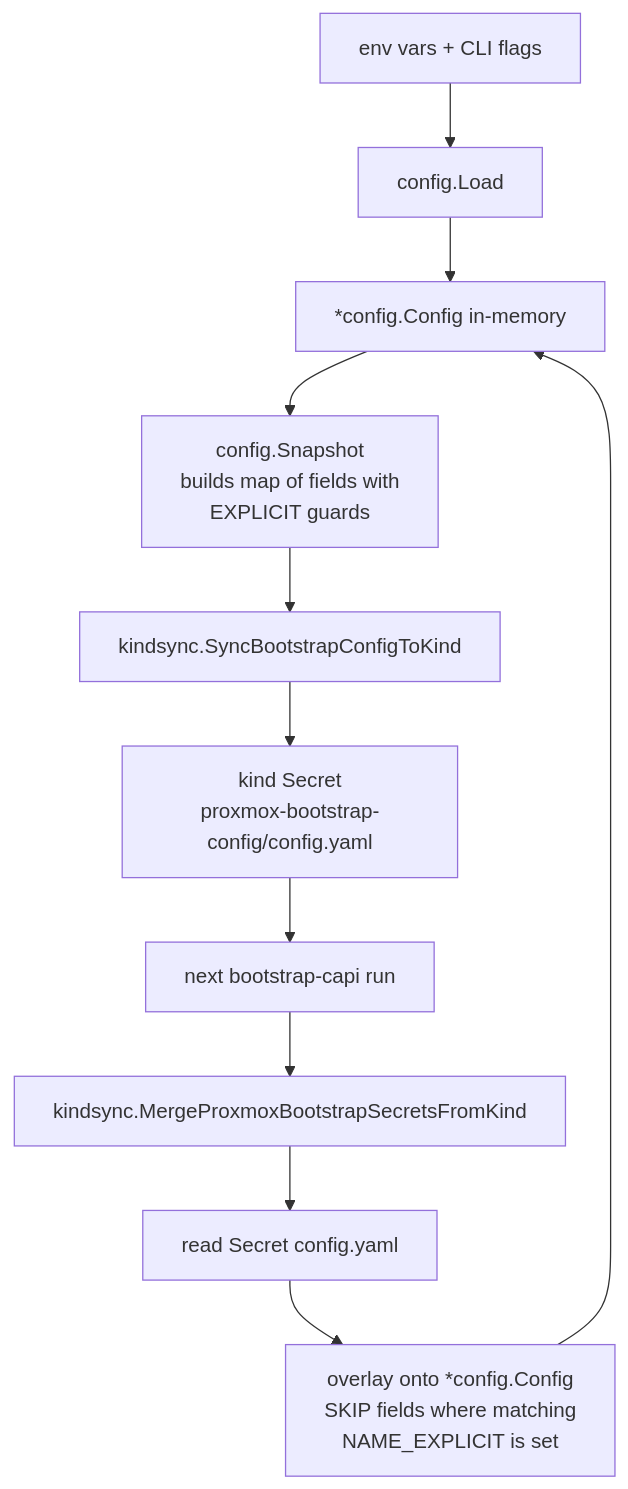
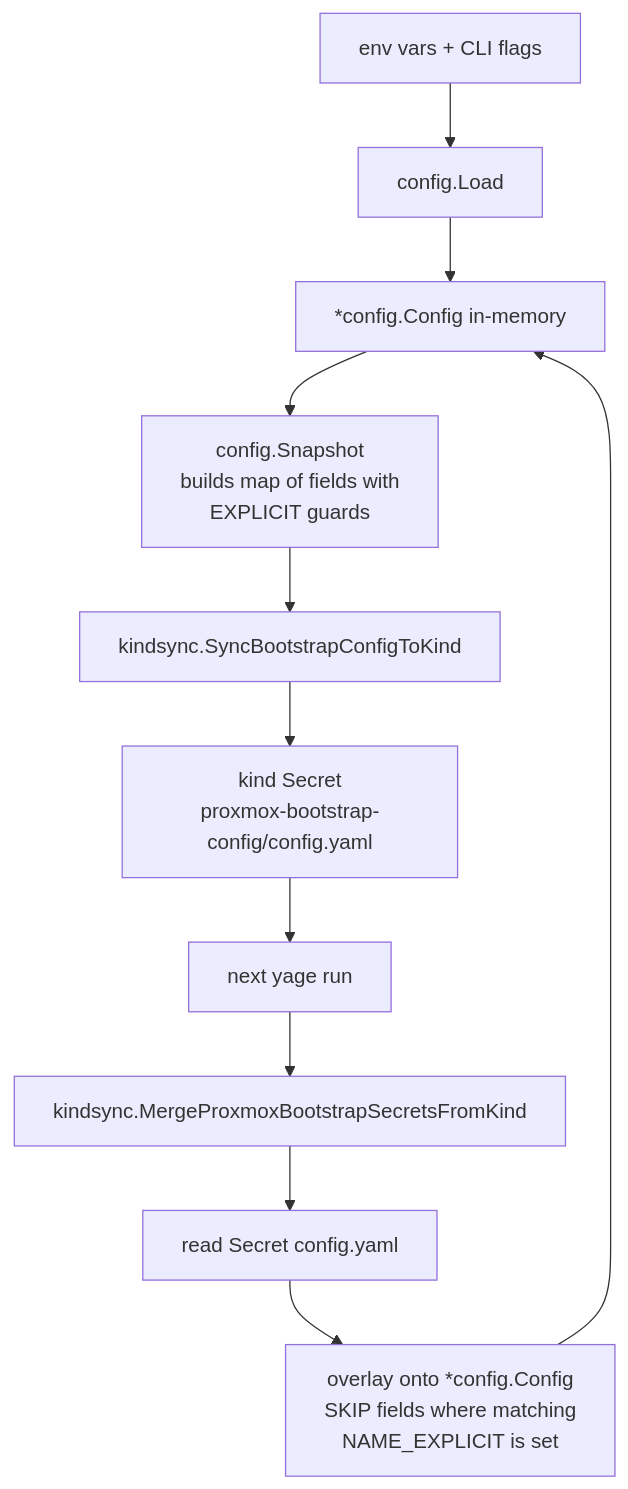
One commit to lpasquali/yage changed the seventh of 7 diagrams in docs/ARCHITECTURE.md. Above: the diagram before and after it, drawn with Mermaid. The commit also changed other lines of this file and 106 other files, not shown here.

First line of the commit message:
refactor: rename project bootstrap-capi → yage

````diff
--- a/docs/ARCHITECTURE.md
+++ b/docs/ARCHITECTURE.md
@@ -464,13 +464,13 @@
 ```mermaid
 flowchart TD
     ENV[env vars + CLI flags] --> LOAD[config.Load]
     LOAD --> CFG[*config.Config in-memory]
     CFG --> SNAP[config.Snapshot<br/>builds map of fields with<br/>EXPLICIT guards]
     SNAP --> SYNC[kindsync.SyncBootstrapConfigToKind]
     SYNC --> KSEC[kind Secret<br/>proxmox-bootstrap-config/config.yaml]
-    KSEC --> NEXT[next bootstrap-capi run]
+    KSEC --> NEXT[next yage run]
     NEXT --> MERGE[kindsync.MergeProxmoxBootstrapSecretsFromKind]
     MERGE --> READBACK[read Secret config.yaml]
     READBACK --> OVR[overlay onto *config.Config<br/>SKIP fields where matching<br/>NAME_EXPLICIT is set]
     OVR --> CFG
 ```
````
